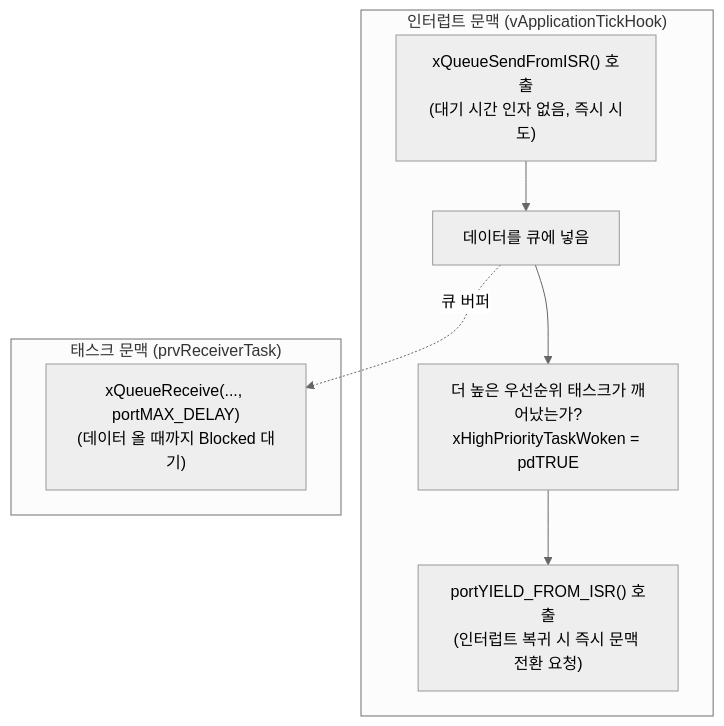
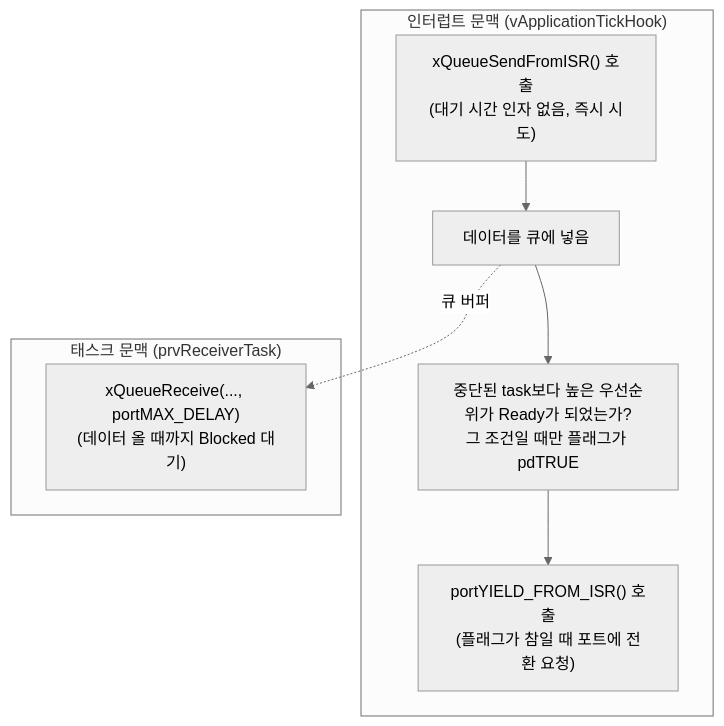
One commit to yunju-baek/FreeRTOS-Tutorials-ko changed the first of 2 diagrams in ko/guides/tutorial_10.md. Above: the diagram before and after it, drawn with Mermaid (neutral theme). The commit also changed other lines of this file and 37 other files, not shown here.

````diff
--- a/ko/guides/tutorial_10.md
+++ b/ko/guides/tutorial_10.md
@@ -42,14 +46,14 @@
 ```mermaid
 flowchart TD
     subgraph ISR["인터럽트 문맥 (vApplicationTickHook)"]
         I1["xQueueSendFromISR() 호출<br/>(대기 시간 인자 없음, 즉시 시도)"] --> I2["데이터를 큐에 넣음"]
-        I2 --> I3["더 높은 우선순위 태스크가 깨어났는가?<br/>xHighPriorityTaskWoken = pdTRUE"]
-        I3 --> I4["portYIELD_FROM_ISR() 호출<br/>(인터럽트 복귀 시 즉시 문맥 전환 요청)"]
+        I2 --> I3["중단된 task보다 높은 우선순위가 Ready가 되었는가?<br/>그 조건일 때만 플래그가 pdTRUE"]
+        I3 --> I4["portYIELD_FROM_ISR() 호출<br/>(플래그가 참일 때 포트에 전환 요청)"]
     end
 
     subgraph Task["태스크 문맥 (prvReceiverTask)"]
         T1["xQueueReceive(..., portMAX_DELAY)<br/>(데이터 올 때까지 Blocked 대기)"]
     end
 
     I2 -.큐 버퍼.-> T1
 ```
````
